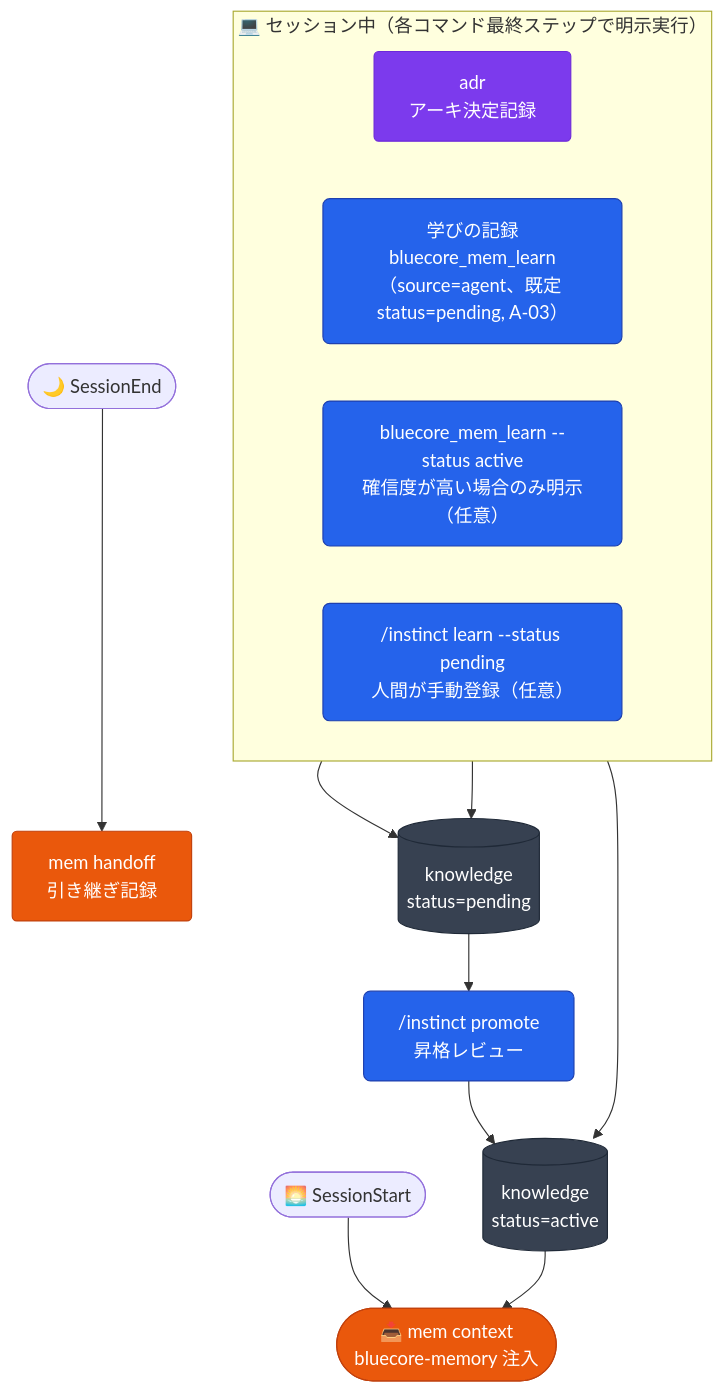
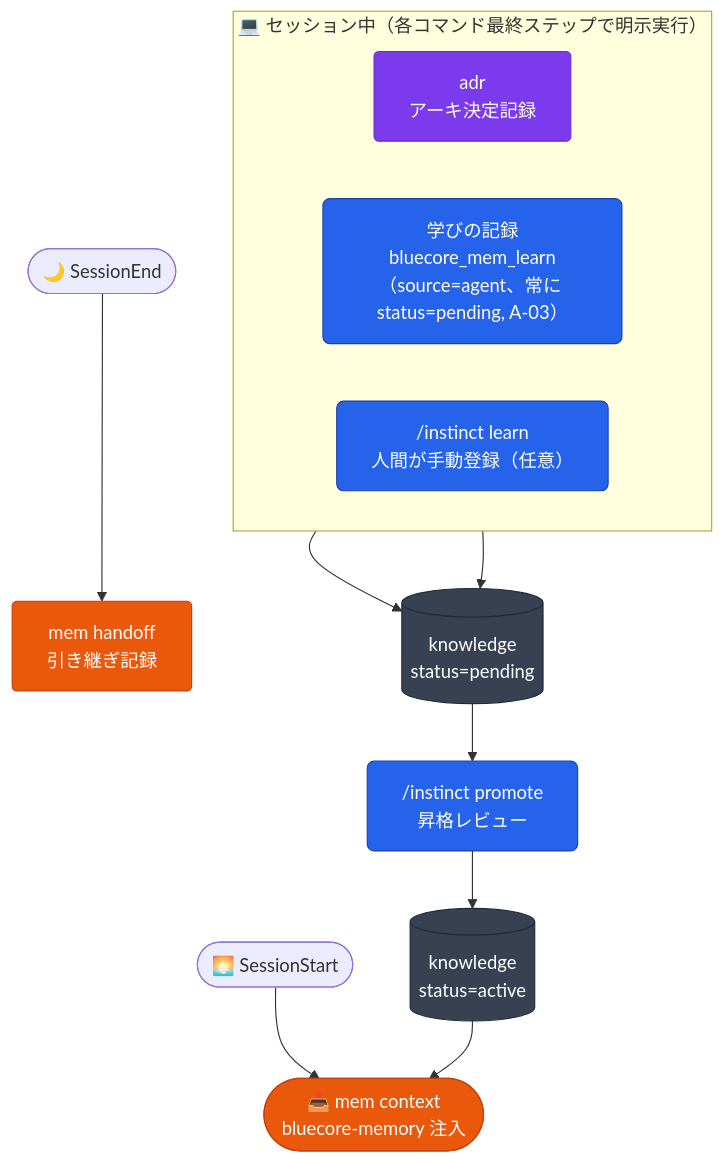
Before and after one commit to aokumablue/claq: the eighth of 12 diagrams in README.md, drawn with Mermaid. The commit also changed other lines of this file and 7 other files, not shown here.

````diff
--- a/README.md
+++ b/README.md
@@ -380,26 +380,25 @@
 ```mermaid
 flowchart TD
   classDef cmd    fill:#2563eb,stroke:#1e40af,color:#fff,rx:6
   classDef auto   fill:#ea580c,stroke:#c2410c,color:#fff,rx:4
   classDef skill  fill:#7c3aed,stroke:#6d28d9,color:#fff,rx:4
   classDef store  fill:#374151,stroke:#1f2937,color:#fff,rx:4
 
   SS(["🌅 SessionStart"]) --> MC(["📥 mem context<br/>bluecore-memory 注入"]):::auto
 
   subgraph session["💻 セッション中（各コマンド最終ステップで明示実行）"]
     direction LR
     SAD["adr<br/>アーキ決定記録"]:::skill
-    CW["学びの記録<br/>bluecore_mem_learn（source=agent、既定 status=pending, A-03）"]:::cmd
-    CWA["bluecore_mem_learn --status active<br/>確信度が高い場合のみ明示（任意）"]:::cmd
-    CA["/instinct learn --status pending<br/>人間が手動登録（任意）"]:::cmd
+    CW["学びの記録<br/>bluecore_mem_learn（source=agent、常に status=pending, A-03）"]:::cmd
+    CA["/instinct learn<br/>人間が手動登録（任意）"]:::cmd
   end
 
-  CWA --> KA[("knowledge<br/>status=active")]:::store
+  KA[("knowledge<br/>status=active")]:::store
   KA --> MC
 
   SE(["🌙 SessionEnd"]) --> SLE["mem handoff<br/>引き継ぎ記録"]:::auto
   CW --> PK[("knowledge<br/>status=pending")]:::store
   CA --> PK
   PK --> CI["/instinct promote<br/>昇格レビュー"]:::cmd
   CI --> KA
 ```
````
